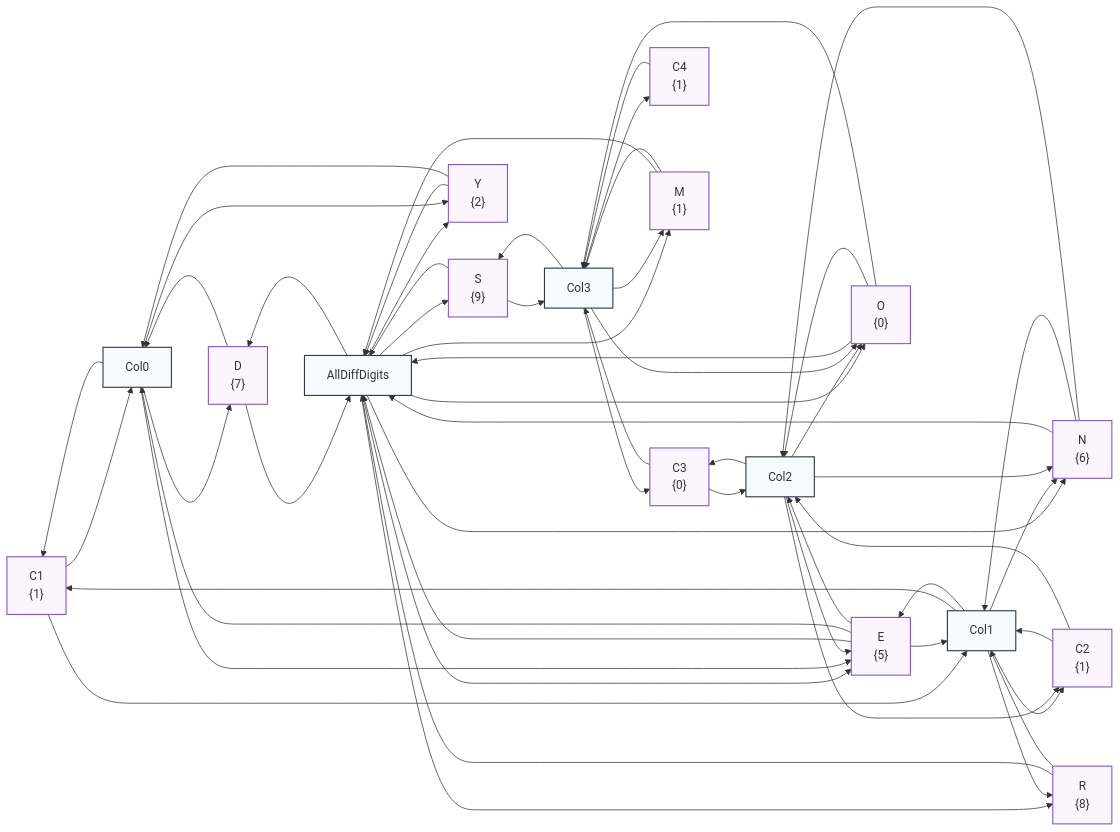
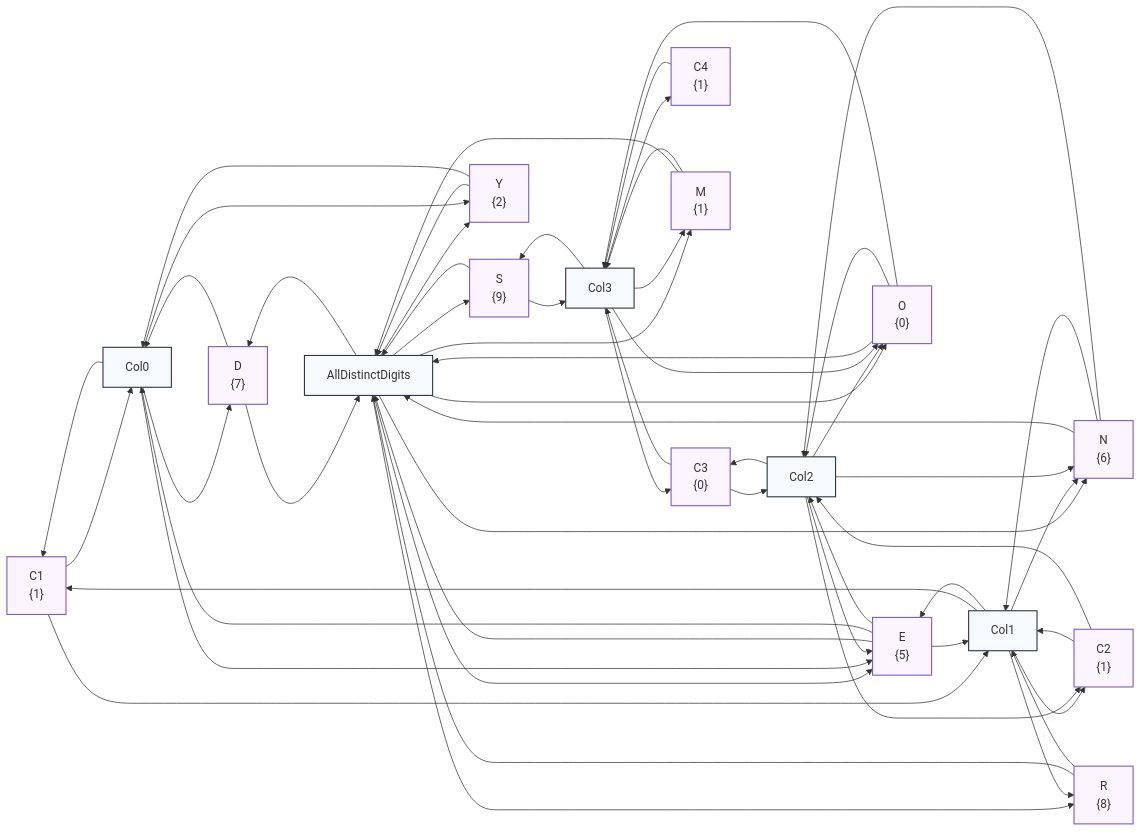
The diagram in docs/assets/cryptarithmetic_network.mmd (dougransom/lattice-propagator), drawn with Mermaid before and after one commit. The commit also changed 39 other files, not shown here.

First line of the commit message:
feat(primitives,docs): add AllDistinctPropagator, DelayedPropagator, tree_reduce/tree_sum, polymorphic graph, and relocate schematics

```diff
--- a/docs/assets/cryptarithmetic_network.mmd
+++ b/docs/assets/cryptarithmetic_network.mmd
@@ -22,27 +22,27 @@
   C_R["R<br/>{8}"]:::discrete
   C_S["S<br/>{9}"]:::discrete
   C_Y["Y<br/>{2}"]:::discrete
-  P_AllDiffDigits["AllDiffDigits"]:::propagator
+  P_AllDistinctDigits["AllDistinctDigits"]:::propagator
   P_Col0["Col0"]:::propagator
   P_Col1["Col1"]:::propagator
   P_Col2["Col2"]:::propagator
   P_Col3["Col3"]:::propagator
-  C_S --> P_AllDiffDigits
-  C_E --> P_AllDiffDigits
-  C_N --> P_AllDiffDigits
-  C_D --> P_AllDiffDigits
-  C_M --> P_AllDiffDigits
-  C_O --> P_AllDiffDigits
-  C_R --> P_AllDiffDigits
-  C_Y --> P_AllDiffDigits
-  P_AllDiffDigits --> C_S
-  P_AllDiffDigits --> C_E
-  P_AllDiffDigits --> C_N
-  P_AllDiffDigits --> C_D
-  P_AllDiffDigits --> C_M
-  P_AllDiffDigits --> C_O
-  P_AllDiffDigits --> C_R
-  P_AllDiffDigits --> C_Y
+  C_S --> P_AllDistinctDigits
+  C_E --> P_AllDistinctDigits
+  C_N --> P_AllDistinctDigits
+  C_D --> P_AllDistinctDigits
+  C_M --> P_AllDistinctDigits
+  C_O --> P_AllDistinctDigits
+  C_R --> P_AllDistinctDigits
+  C_Y --> P_AllDistinctDigits
+  P_AllDistinctDigits --> C_S
+  P_AllDistinctDigits --> C_E
+  P_AllDistinctDigits --> C_N
+  P_AllDistinctDigits --> C_D
+  P_AllDistinctDigits --> C_M
+  P_AllDistinctDigits --> C_O
+  P_AllDistinctDigits --> C_R
+  P_AllDistinctDigits --> C_Y
   C_D --> P_Col0
   C_E --> P_Col0
   C_Y --> P_Col0
```
